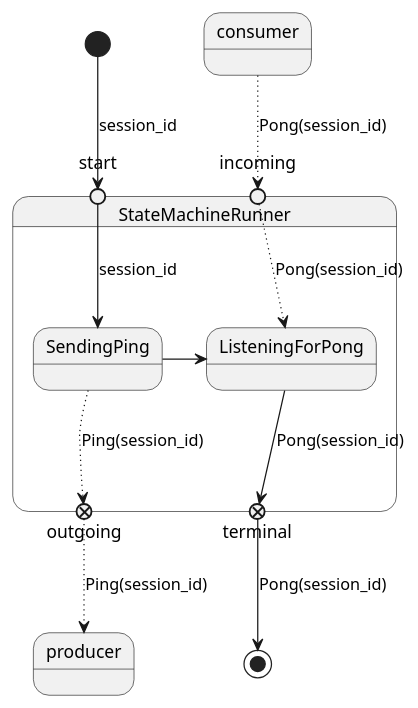
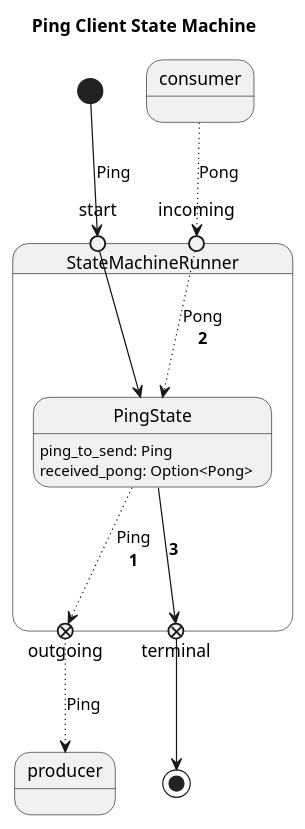
One commit to peterpaul/kafka-ping-stm changed the second of 3 diagrams in README.org. Above: the diagram before and after it, drawn with PlantUML. The commit also changed other lines of this file and 11 other files, not shown here.

```diff
--- a/README.org
+++ b/README.org
@@ -97,15 +96,17 @@
 #+begin_src plantuml :file ping.svg :exports results
+  title Ping Client State Machine
   state StateMachineRunner {
           state start <<entryPoint>>
           state incoming <<entryPoint>>
-          start --> SendingPing: session_id
-          SendingPing -[dotted]-> outgoing <<exitPoint>>: Ping(session_id)
-          SendingPing -> ListeningForPong
-          incoming -[dotted]-> ListeningForPong: Pong(session_id)
-          ListeningForPong -> terminal <<exitPoint>>: Pong(session_id)
+          start -> PingState
+          PingState : ping_to_send: Ping
+          PingState : received_pong: Option<Pong>
+          PingState -[dotted]-> outgoing <<exitPoint>>: Ping\n**1**
+          incoming -[dotted]-> PingState: Pong\n**2**
+          PingState --> terminal <<exitPoint>>: **3**
   }
-  [*] --> start: session_id
-  terminal --> [*]: Pong(session_id)
-  consumer -[dotted]-> incoming: Pong(session_id)
-  outgoing -[dotted]-> producer: Ping(session_id)
+  [*] --> start: Ping
+  terminal --> [*]
+  consumer -[dotted]-> incoming: Pong
+  outgoing -[dotted]-> producer: Ping
 #+end_src
```
